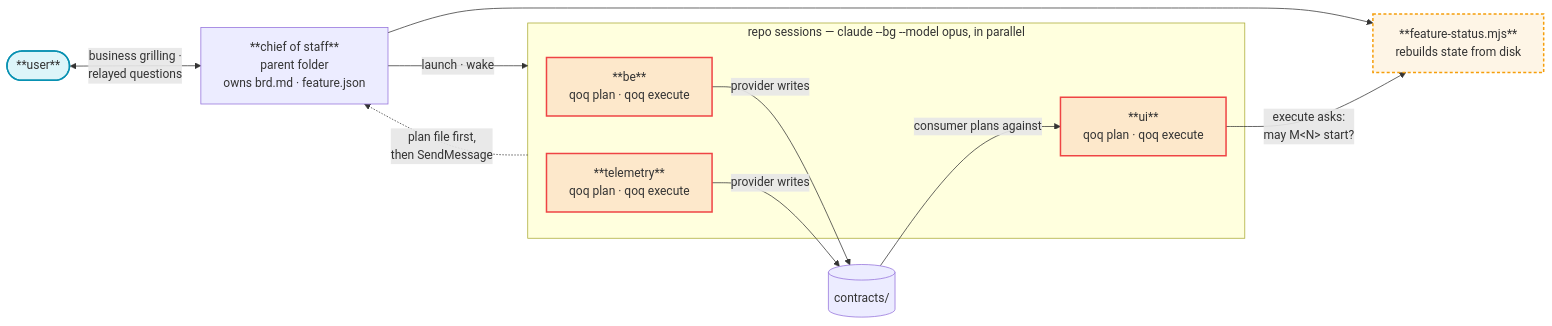
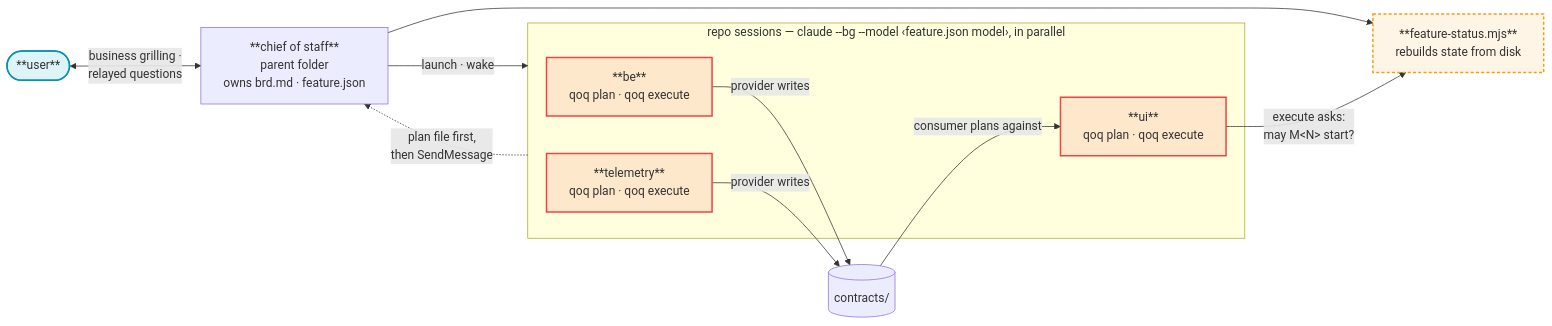
One commit to ladamczyk-it/qoq changed the first of 4 diagrams in docs/qoq-fullstack-workflows.md. Above: the diagram before and after it, drawn with Mermaid. The commit also changed other lines of this file and 20 other files, not shown here.

````diff
--- a/docs/qoq-fullstack-workflows.md
+++ b/docs/qoq-fullstack-workflows.md
@@ -22,26 +22,26 @@
 ```mermaid
 flowchart LR
     USER(["**user**"])
     COS["**chief of staff**<br/>parent folder<br/>owns brd.md · feature.json"]
     STATUS["**feature-status.mjs**<br/>rebuilds state from disk"]
-    subgraph REPOS["repo sessions — claude --bg --model opus, in parallel"]
+    subgraph REPOS["repo sessions — claude --bg --model ‹feature.json model›, in parallel"]
         BE["**be**<br/>qoq plan · qoq execute"]
         TEL["**telemetry**<br/>qoq plan · qoq execute"]
         UI["**ui**<br/>qoq plan · qoq execute"]
     end
     CON[("contracts/")]
     USER <-->|"business grilling ·<br/>relayed questions"| COS
     COS -->|"launch · wake"| REPOS
     REPOS -.->|"plan file first,<br/>then SendMessage"| COS
     COS --> STATUS
     BE & TEL -->|"provider writes"| CON
     CON -->|"consumer plans against"| UI
     UI -->|"execute asks:<br/>may M&lt;N&gt; start?"| STATUS
 
     classDef command fill:#f59e0b1a,stroke:#f59e0b,stroke-width:2px,stroke-dasharray:4 3
     classDef user fill:#06b6d422,stroke:#0891b2,stroke-width:2px
     classDef skill fill:#ef44441f,stroke:#ef4444,stroke-width:2px
     class STATUS command
     class USER user
     class BE,TEL,UI skill
 ```
````
